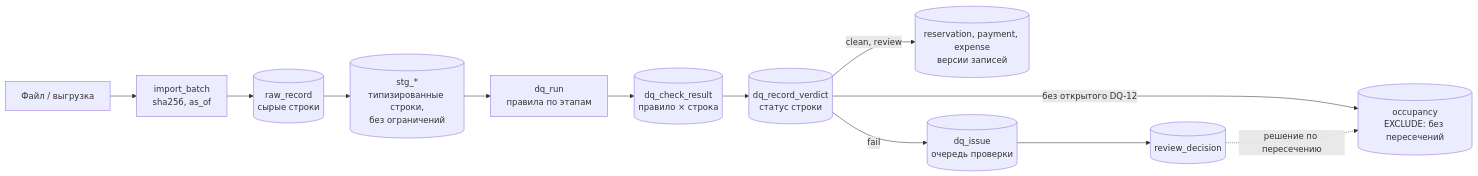
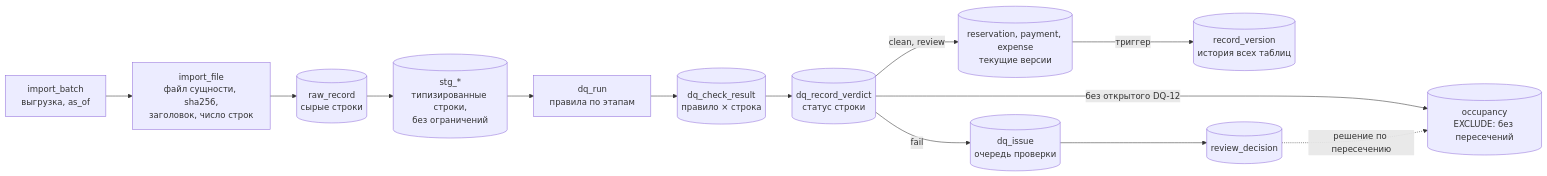
One commit to ProjectINT/business-system changed the diagram in docs/VALIDATION_PLAN.md. Above: the diagram before and after it, drawn with Mermaid. The commit also changed other lines of this file and 55 other files, not shown here.

````diff
--- a/docs/VALIDATION_PLAN.md
+++ b/docs/VALIDATION_PLAN.md
@@ -18,14 +18,15 @@
 ```mermaid
 flowchart LR
-  F["Файл / выгрузка"] --> B["import_batch<br/>sha256, as_of"]
-  B --> RAW[("raw_record<br/>сырые строки")]
+  B["import_batch<br/>выгрузка, as_of"] --> F["import_file<br/>файл сущности, sha256,<br/>заголовок, число строк"]
+  F --> RAW[("raw_record<br/>сырые строки")]
   RAW --> STG[("stg_*<br/>типизированные строки,<br/>без ограничений")]
   STG --> RUN["dq_run<br/>правила по этапам"]
   RUN --> LOG[("dq_check_result<br/>правило × строка")]
   LOG --> VER[("dq_record_verdict<br/>статус строки")]
-  VER -->|"clean, review"| CORE[("reservation, payment, expense<br/>версии записей")]
+  VER -->|"clean, review"| CORE[("reservation, payment, expense<br/>текущие версии")]
+  CORE -->|"триггер"| HIST[("record_version<br/>история всех таблиц")]
   VER -->|"без открытого DQ-12"| OCC[("occupancy<br/>EXCLUDE: без пересечений")]
   VER -->|"fail"| ISS[("dq_issue<br/>очередь проверки")]
   ISS --> DEC[("review_decision")]
   DEC -.->|"решение по пересечению"| OCC
 ```
````
